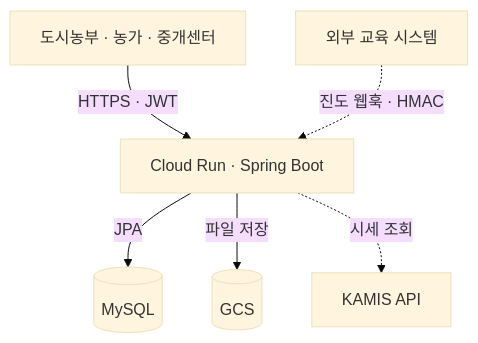
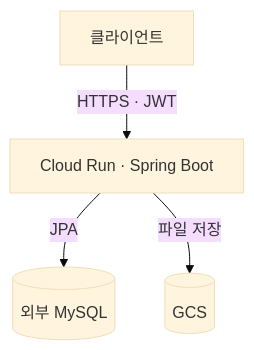
One commit to ParkChanWoo0321/CityFarmerPlus_BE changed the first of 8 diagrams in README.md. Above: the diagram before and after it, drawn with Mermaid (base theme). The commit also changed other lines of this file, not shown here.

````diff
--- a/README.md
+++ b/README.md
@@ -41,14 +41,10 @@
 ```mermaid
 flowchart TB
-    client["도시농부 · 농가 · 중개센터"]
-    lms["외부 교육 시스템"]
+    client["클라이언트"]
     api["Cloud Run · Spring Boot"]
-    db[("MySQL")]
+    db[("외부 MySQL")]
     files[("GCS")]
-    kamis["KAMIS API"]
     client -->|"HTTPS · JWT"| api
-    lms -.->|"진도 웹훅 · HMAC"| api
     api -->|"JPA"| db
     api -->|"파일 저장"| files
-    api -.->|"시세 조회"| kamis
 ```
````
